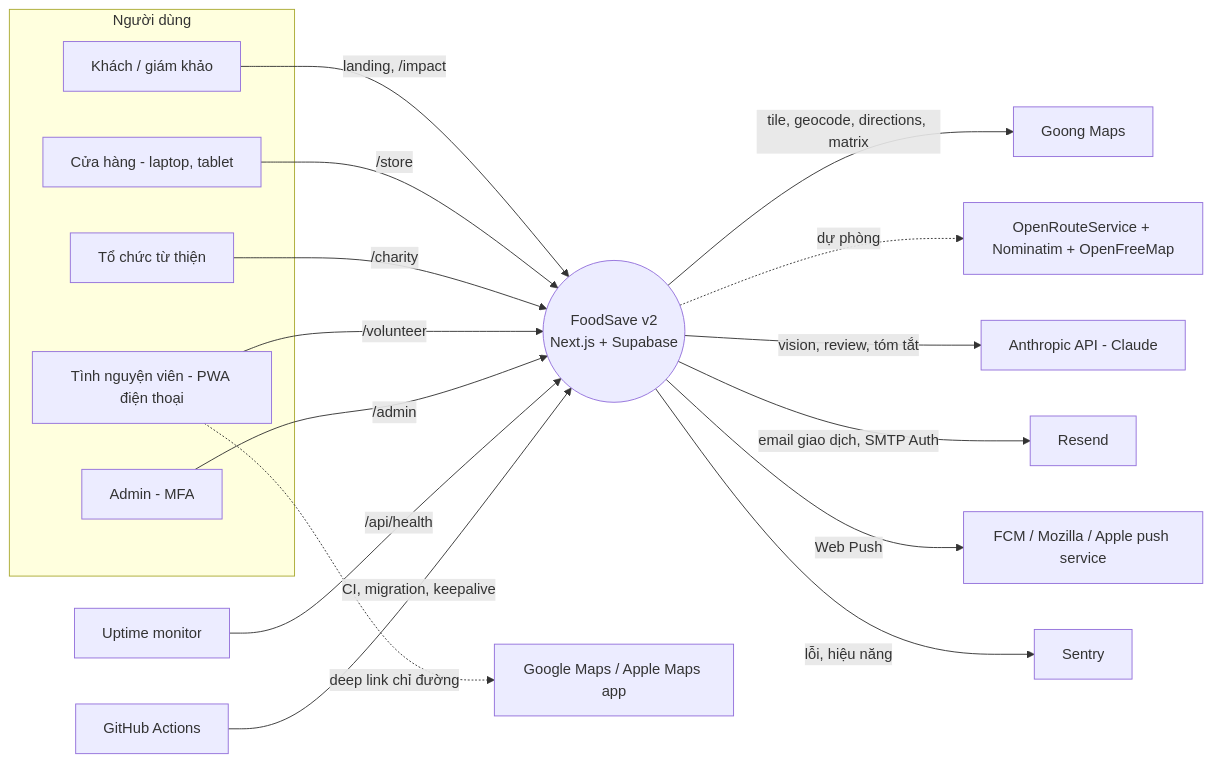
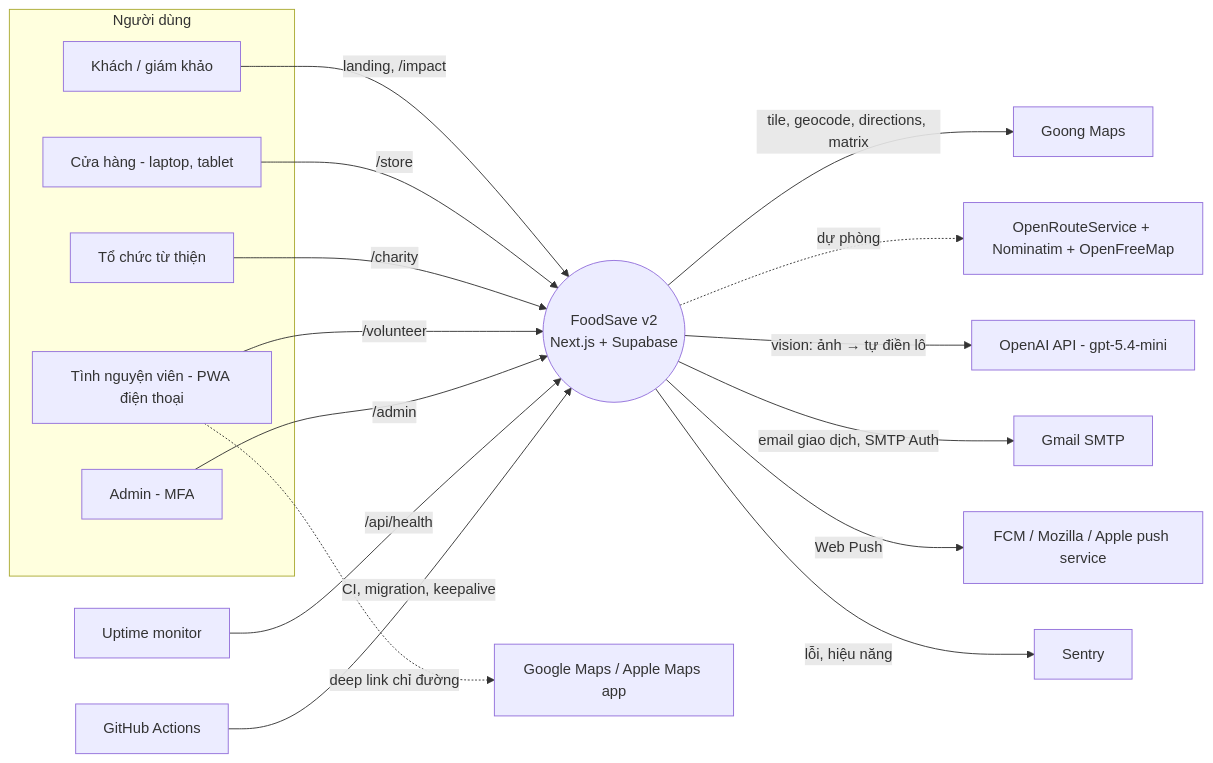
Before and after one commit to bminhnemhoi/FoodSave: the first of 8 diagrams in docs/ARCHITECTURE.md, drawn with Mermaid. The commit also changed other lines of this file and 4 other files, not shown here.

````diff
--- a/docs/ARCHITECTURE.md
+++ b/docs/ARCHITECTURE.md
@@ -45,28 +45,28 @@
 ```mermaid
 flowchart LR
   subgraph Users[Người dùng]
     G[Khách / giám khảo]
     ST[Cửa hàng - laptop, tablet]
     CH[Tổ chức từ thiện]
     VO[Tình nguyện viên - PWA điện thoại]
     AD[Admin - MFA]
   end
 
   FS((FoodSave v2<br/>Next.js + Supabase))
 
   G -->|landing, /impact| FS
   ST -->|/store| FS
   CH -->|/charity| FS
   VO -->|/volunteer| FS
   AD -->|/admin| FS
 
   FS -->|tile, geocode, directions, matrix| GOONG[Goong Maps]
   FS -.->|dự phòng| ORS[OpenRouteService + Nominatim + OpenFreeMap]
-  FS -->|vision, review, tóm tắt| CLAUDE[Anthropic API - Claude]
-  FS -->|email giao dịch, SMTP Auth| RESEND[Resend]
+  FS -->|vision: ảnh → tự điền lô| AI[OpenAI API - gpt-5.4-mini]
+  FS -->|email giao dịch, SMTP Auth| SMTP[Gmail SMTP]
   FS -->|Web Push| PUSH[FCM / Mozilla / Apple push service]
   FS -->|lỗi, hiệu năng| SENTRY[Sentry]
   UP[Uptime monitor] -->|/api/health| FS
   GH[GitHub Actions] -->|CI, migration, keepalive| FS
   VO -.->|deep link chỉ đường| GMAPS[Google Maps / Apple Maps app]
 ```
````
